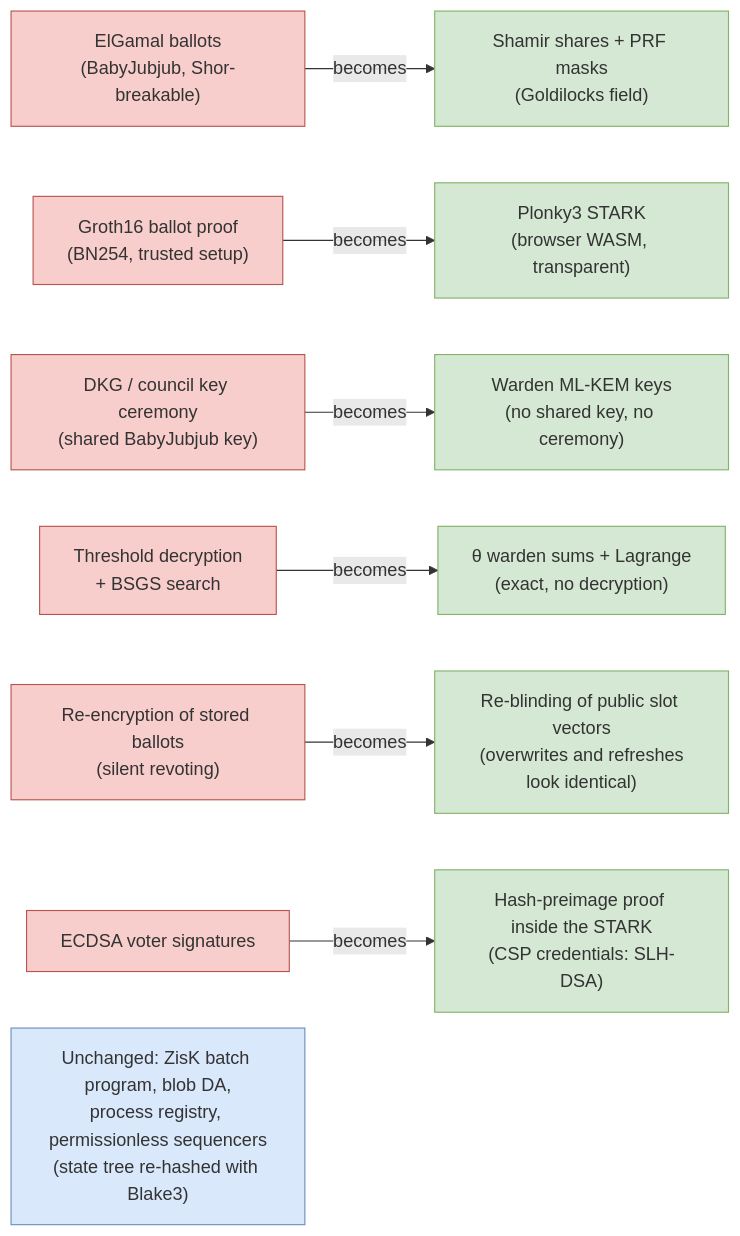
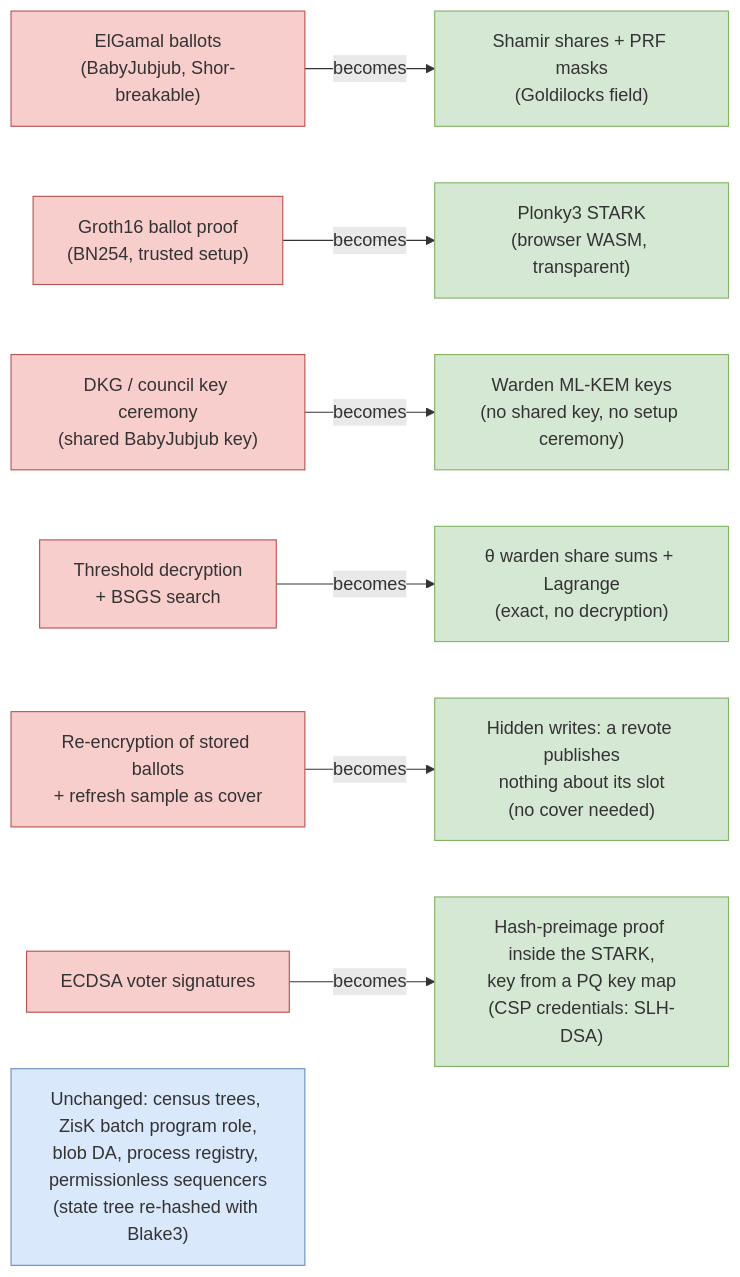
Before and after one commit to vocdoni/davinci-paper: the diagram in v3-pq/figures/src/architecture-delta.mmd, drawn with Mermaid. The commit also changed 30 other files, not shown here.

First line of the commit message:
feat(v3-pq): spec v1.6, hidden writes and audit fixes

```diff
--- a/v3-pq/figures/src/architecture-delta.mmd
+++ b/v3-pq/figures/src/architecture-delta.mmd
@@ -1,11 +1,11 @@
 flowchart LR
   classDef v2 fill:#f8cecc,stroke:#b85450;
   classDef v3 fill:#d5e8d4,stroke:#82b366;
   classDef keep fill:#dae8fc,stroke:#6c8ebf;
   a1["ElGamal ballots<br/>(BabyJubjub, Shor-breakable)"]:::v2 -->|becomes| b1["Shamir shares + PRF masks<br/>(Goldilocks field)"]:::v3
   a2["Groth16 ballot proof<br/>(BN254, trusted setup)"]:::v2 -->|becomes| b2["Plonky3 STARK<br/>(browser WASM, transparent)"]:::v3
-  a3["DKG / council key ceremony<br/>(shared BabyJubjub key)"]:::v2 -->|becomes| b3["Warden ML-KEM keys<br/>(no shared key, no ceremony)"]:::v3
-  a4["Threshold decryption<br/>+ BSGS search"]:::v2 -->|becomes| b4["θ warden sums + Lagrange<br/>(exact, no decryption)"]:::v3
-  a5["Re-encryption of stored ballots<br/>(silent revoting)"]:::v2 -->|becomes| b5["Re-blinding of public slot vectors<br/>(overwrites and refreshes<br/>look identical)"]:::v3
-  a6["ECDSA voter signatures"]:::v2 -->|becomes| b6["Hash-preimage proof inside the STARK<br/>(CSP credentials: SLH-DSA)"]:::v3
-  k1["Unchanged: ZisK batch program, blob DA,<br/>process registry, permissionless sequencers<br/>(state tree re-hashed with Blake3)"]:::keep
+  a3["DKG / council key ceremony<br/>(shared BabyJubjub key)"]:::v2 -->|becomes| b3["Warden ML-KEM keys<br/>(no shared key, no setup ceremony)"]:::v3
+  a4["Threshold decryption<br/>+ BSGS search"]:::v2 -->|becomes| b4["θ warden share sums + Lagrange<br/>(exact, no decryption)"]:::v3
+  a5["Re-encryption of stored ballots<br/>+ refresh sample as cover"]:::v2 -->|becomes| b5["Hidden writes: a revote publishes<br/>nothing about its slot<br/>(no cover needed)"]:::v3
+  a6["ECDSA voter signatures"]:::v2 -->|becomes| b6["Hash-preimage proof inside the STARK,<br/>key from a PQ key map<br/>(CSP credentials: SLH-DSA)"]:::v3
+  k1["Unchanged: census trees, ZisK batch program role,<br/>blob DA, process registry, permissionless sequencers<br/>(state tree re-hashed with Blake3)"]:::keep
```
